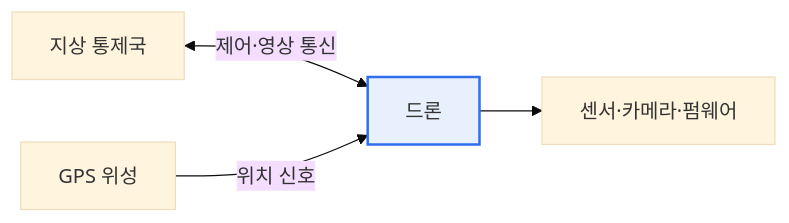
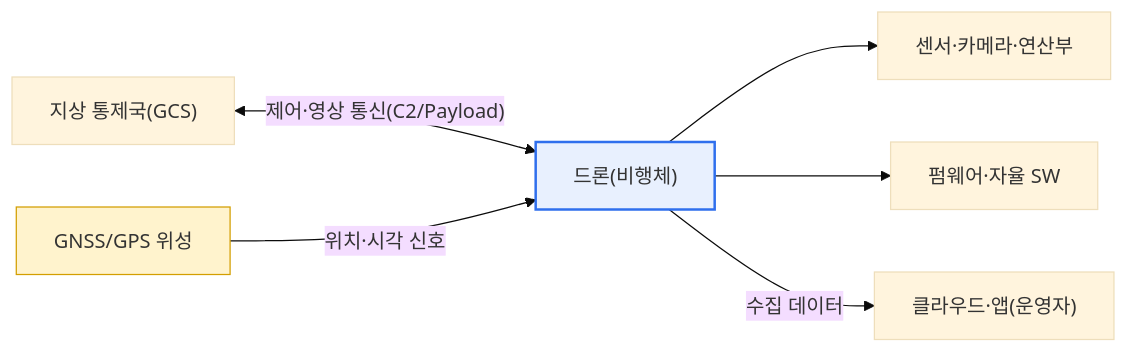
Before and after one commit to coninggu/wjdqhrhksflrltnftk: the first of 2 diagrams in content/drone-security.md, drawn with Mermaid (base theme). The commit also changed other lines of this file and 3 other files, not shown here.

````diff
--- a/content/drone-security.md
+++ b/content/drone-security.md
@@ -15,7 +23,10 @@
 ```mermaid
 flowchart LR
-  G[지상 통제국] <-->|"제어·영상 통신"| D[드론]
-  S[GPS 위성] -->|위치 신호| D
-  D --> A[센서·카메라·펌웨어]
+  G["지상 통제국(GCS)"] <-->|"제어·영상 통신(C2/Payload)"| D["드론(비행체)"]
+  S["GNSS/GPS 위성"] -->|"위치·시각 신호"| D
+  D --> A["센서·카메라·연산부"]
+  D --> F["펌웨어·자율 SW"]
+  D -->|"수집 데이터"| C["클라우드·앱(운영자)"]
   style D fill:#e8f0fe,stroke:#2f6fed,stroke-width:2px
+  style S fill:#fff3cd,stroke:#d39e00
 ```
````
